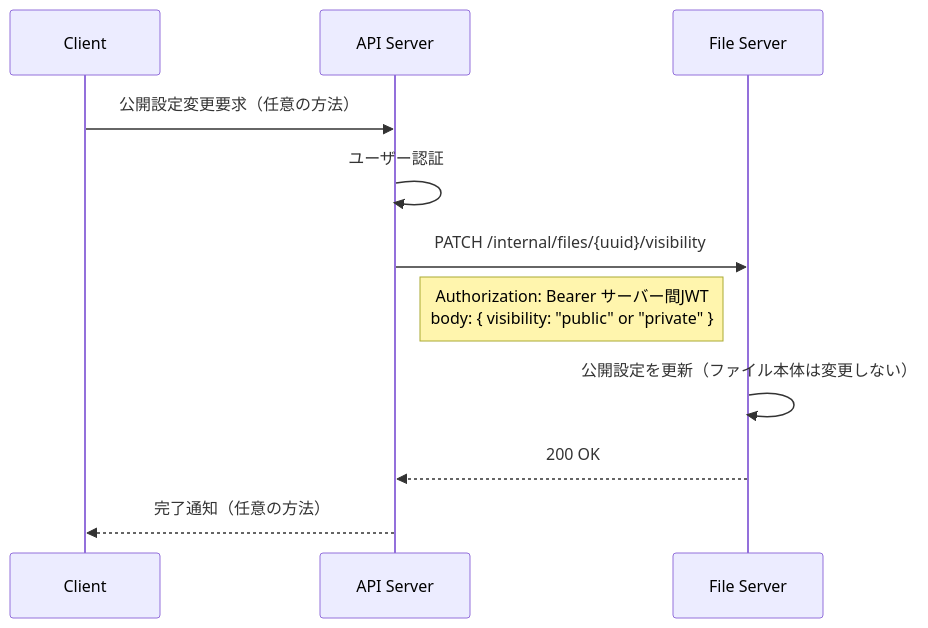
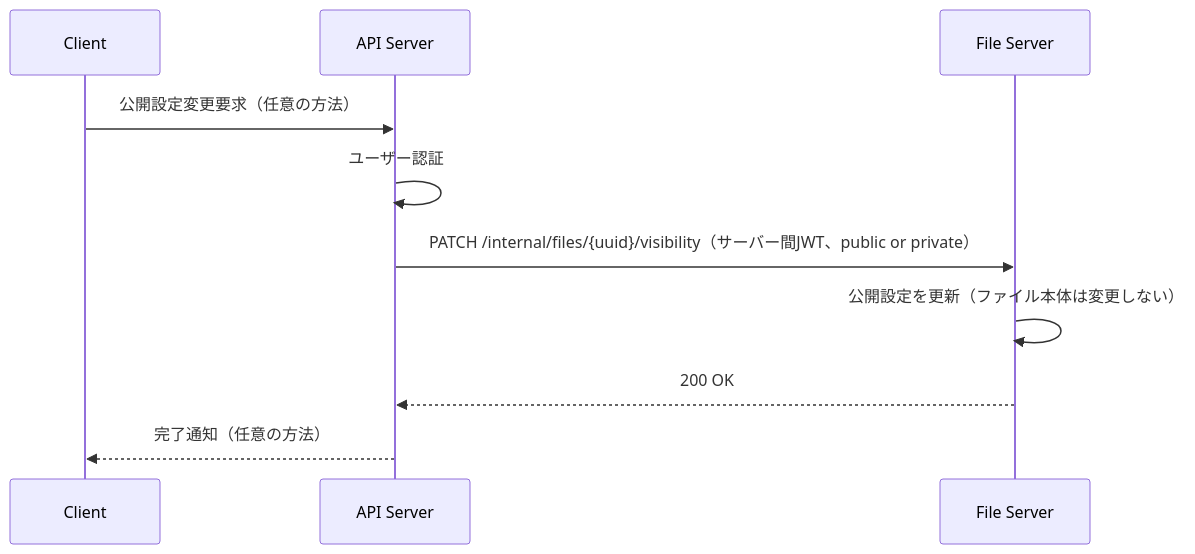
One commit to kigawa01/kaft changed the fifth of 5 diagrams in docs/spec.md. Above: the diagram before and after it, drawn with Mermaid. The commit also changed other lines of this file, not shown here.

Commit message:
plan: MermaidのNote除去・コロン起因のパースエラーを解消 refs #2

````diff
--- a/docs/spec.md
+++ b/docs/spec.md
@@ -192,14 +185,13 @@
 ```mermaid
 sequenceDiagram
     participant C as Client
     participant A as API Server
     participant F as File Server
 
     C->>A: 公開設定変更要求（任意の方法）
     A->>A: ユーザー認証
-    A->>F: PATCH /internal/files/{uuid}/visibility
-    Note right of A: Authorization: Bearer サーバー間JWT<br/>body: { visibility: "public" or "private" }
+    A->>F: PATCH /internal/files/{uuid}/visibility（サーバー間JWT、public or private）
     F->>F: 公開設定を更新（ファイル本体は変更しない）
     F-->>A: 200 OK
     A-->>C: 完了通知（任意の方法）
 ```
````
